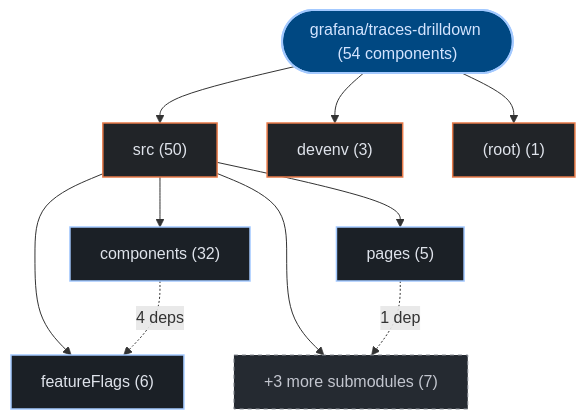
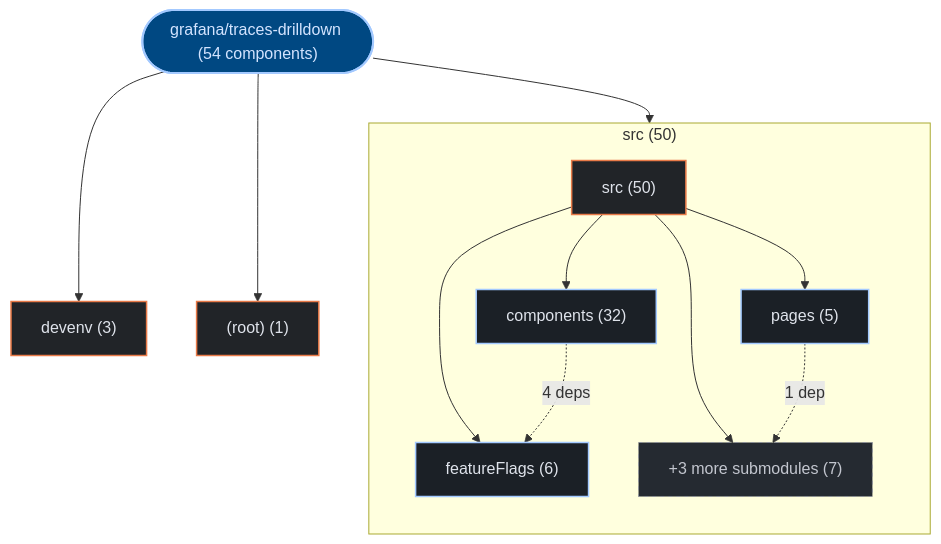
One commit to kumarshaz/atruss-code-atlas changed the first of 3 diagrams in exports/latest/reports/grafana-traces-drilldown-report.md. Above: the diagram before and after it, drawn with Mermaid. The commit also changed 178 other files, not shown here.

Commit message:
feat(ui,mermaid): upgrade to mermaid v12 + ELK layout, add orgs-summary + pagination, subgraph building blocks, fix tab alignment

````diff
--- a/exports/latest/reports/grafana-traces-drilldown-report.md
+++ b/exports/latest/reports/grafana-traces-drilldown-report.md
@@ -42,27 +42,30 @@
 ```mermaid
 graph TD;
   classDef atlasRoot fill:#004882,stroke:#a3c9ff,stroke-width:2px,color:#d3e4ff
   classDef atlasCategory fill:#212428,stroke:#E87A48,stroke-width:1.5px,color:#dfe3eb
   classDef atlasWorkflow fill:#1b2026,stroke:#a3c9ff,stroke-width:1.5px,color:#dfe3eb
   classDef atlasJob fill:#171c22,stroke:#8d9199,stroke-width:1px,color:#dfe3eb
   classDef atlasTarget fill:#005227,stroke:#8bd99b,stroke-width:1.5px,color:#a7f6b6
   classDef atlasAlert fill:#93000a,stroke:#ffb4ab,stroke-width:1.5px,color:#ffdad6
   classDef atlasMore fill:#252a31,stroke:#8d9199,stroke-dasharray:4 4,color:#c3c6cf
     repo_root(["grafana/traces-drilldown (54 components)"]):::atlasRoot
-    dir_0_src["src (50)"]:::atlasCategory
+    subgraph sg_dir_0_src["src (50)"]
+      direction TB
+      dir_0_src["src (50)"]:::atlasCategory
+      sub_0_0_components["components (32)"]:::atlasWorkflow
+      dir_0_src --> sub_0_0_components
+      sub_0_1_featureFlags["featureFlags (6)"]:::atlasWorkflow
+      dir_0_src --> sub_0_1_featureFlags
+      sub_0_2_pages["pages (5)"]:::atlasWorkflow
+      dir_0_src --> sub_0_2_pages
+      sub_0_more["+3 more submodules (7)"]:::atlasMore
+      dir_0_src --> sub_0_more
+    end
     repo_root --> dir_0_src
-    sub_0_0_components["components (32)"]:::atlasWorkflow
-    dir_0_src --> sub_0_0_components
-    sub_0_1_featureFlags["featureFlags (6)"]:::atlasWorkflow
-    dir_0_src --> sub_0_1_featureFlags
-    sub_0_2_pages["pages (5)"]:::atlasWorkflow
-    dir_0_src --> sub_0_2_pages
-    sub_0_more["+3 more submodules (7)"]:::atlasMore
-    dir_0_src --> sub_0_more
     dir_1_devenv["devenv (3)"]:::atlasCategory
     repo_root --> dir_1_devenv
     dir_2__root_["(root) (1)"]:::atlasCategory
     repo_root --> dir_2__root_
     sub_0_0_components -.->|"4 deps"| sub_0_1_featureFlags
     sub_0_2_pages -.->|"1 dep"| sub_0_more
 ```
````
